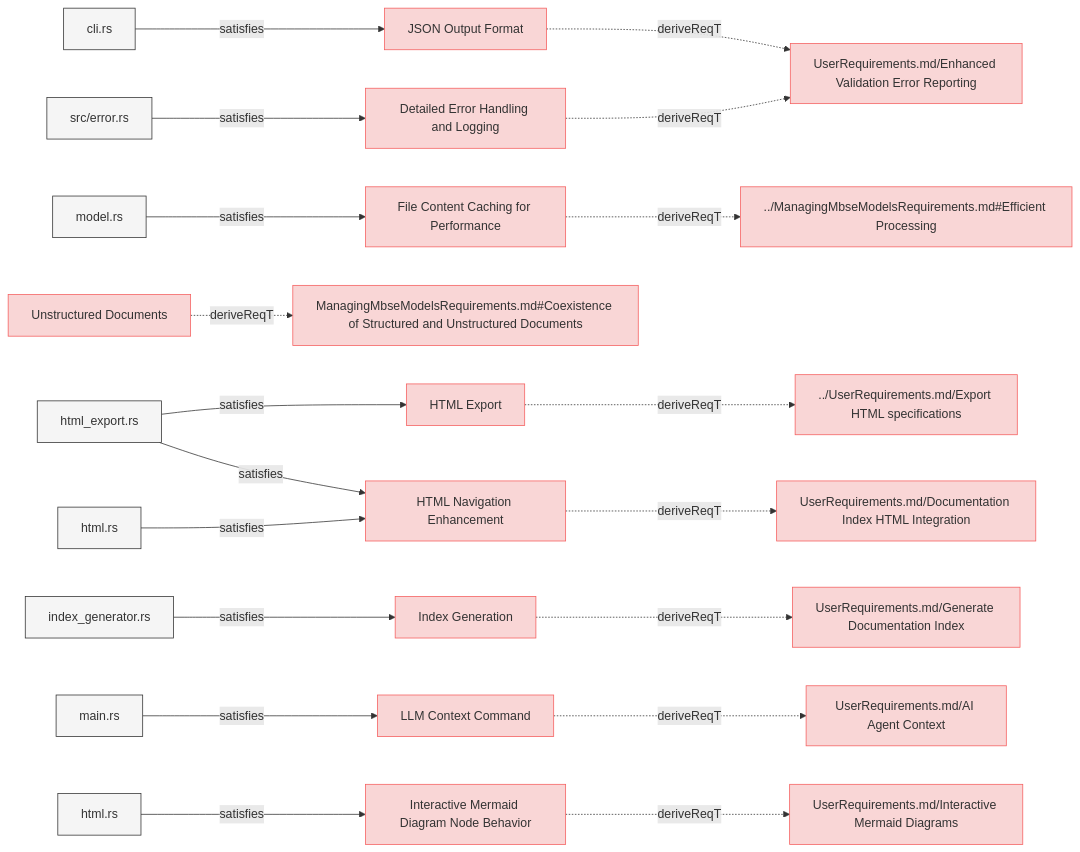
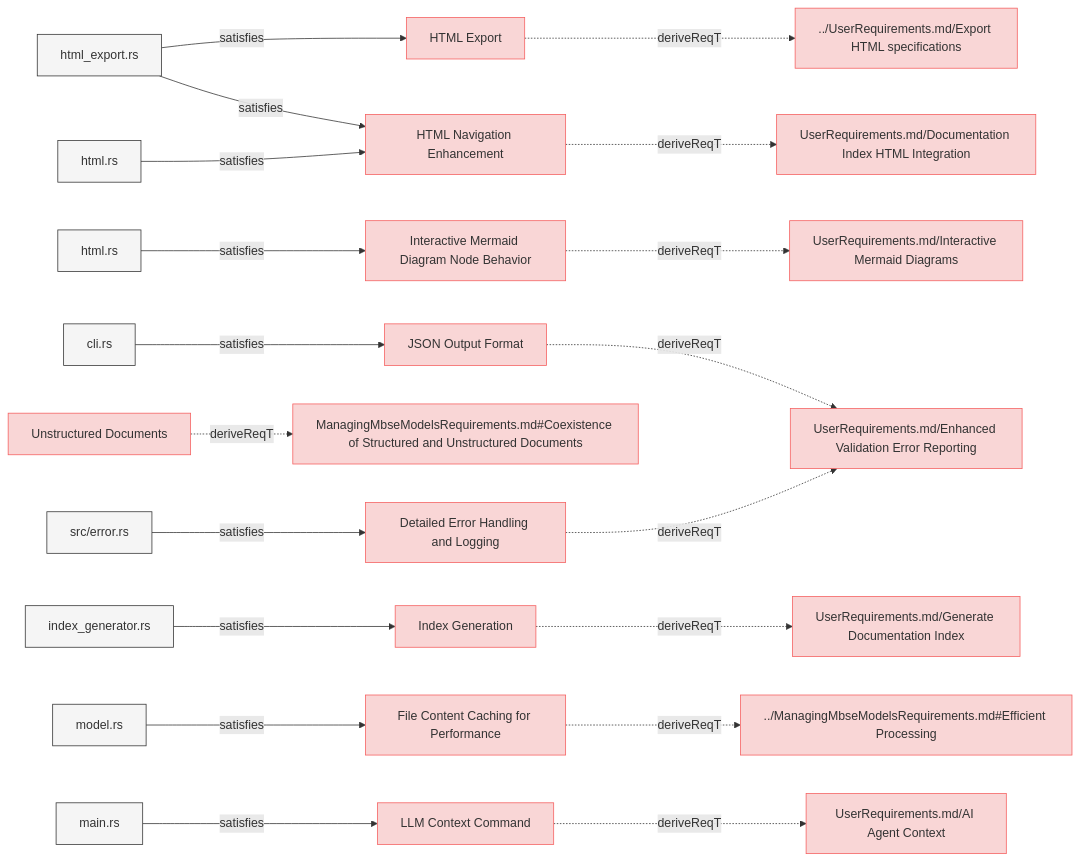
The third of 8 diagrams in specifications/SystemRequirements/Requirements.md (reqvire-org/reqvire), drawn with Mermaid before and after one commit. The commit also changed other lines of this file and 17 other files, not shown here.

Commit message:
Auto-generate diagrams after PR merge to main

````diff
--- a/specifications/SystemRequirements/Requirements.md
+++ b/specifications/SystemRequirements/Requirements.md
@@ -236,97 +236,97 @@
   classDef externalLink fill:#d0e0ff,stroke:#3080ff,stroke-width:1px;
   classDef default fill:#f5f5f5,stroke:#333333,stroke-width:1px;
 
-  5ec6a2668bddf0e["JSON Output Format"];
-  click 5ec6a2668bddf0e "https://github.com/ilijaljubicic/ReqFlow/blob/29a17f176519a28e973567d4102beb95f41075ed/specifications/SystemRequirements/Requirements.md#json-output-format";
-  class 5ec6a2668bddf0e requirement;
-  7cf5cf9900076be6["UserRequirements.md/Enhanced Validation Error Reporting"];
-  class 7cf5cf9900076be6 requirement;
-  click 7cf5cf9900076be6 "https://github.com/ilijaljubicic/ReqFlow/blob/29a17f176519a28e973567d4102beb95f41075ed/specifications/UserRequirements.md#enhanced-validation-error-reporting";
-  5ec6a2668bddf0e -.->|deriveReqT| 7cf5cf9900076be6;
-  11ffc4632afd7c4c["cli.rs"];
-  class 11ffc4632afd7c4c default;
-  click 11ffc4632afd7c4c "https://github.com/ilijaljubicic/ReqFlow/blob/29a17f176519a28e973567d4102beb95f41075ed/cli/src/cli.rs";
-  11ffc4632afd7c4c -->|satisfies| 5ec6a2668bddf0e;
-  98bd2bd6bdf5bf97["File Content Caching for Performance"];
-  click 98bd2bd6bdf5bf97 "https://github.com/ilijaljubicic/ReqFlow/blob/29a17f176519a28e973567d4102beb95f41075ed/specifications/SystemRequirements/Requirements.md#file-content-caching-for-performance";
-  class 98bd2bd6bdf5bf97 requirement;
-  21e4eb87cb55ea5e["../ManagingMbseModelsRequirements.md#Efficient Processing"];
-  class 21e4eb87cb55ea5e requirement;
-  click 21e4eb87cb55ea5e "https://github.com/ilijaljubicic/ReqFlow/blob/29a17f176519a28e973567d4102beb95f41075ed/specifications/ManagingMbseModelsRequirements.md#efficient-processing";
-  98bd2bd6bdf5bf97 -.->|deriveReqT| 21e4eb87cb55ea5e;
-  6136c216c9f80165["model.rs"];
-  class 6136c216c9f80165 default;
-  click 6136c216c9f80165 "https://github.com/ilijaljubicic/ReqFlow/blob/29a17f176519a28e973567d4102beb95f41075ed/core/src/model.rs";
-  6136c216c9f80165 -->|satisfies| 98bd2bd6bdf5bf97;
-  c8b6ccc187b0a27e["HTML Export"];
-  click c8b6ccc187b0a27e "https://github.com/ilijaljubicic/ReqFlow/blob/29a17f176519a28e973567d4102beb95f41075ed/specifications/SystemRequirements/Requirements.md#html-export";
-  class c8b6ccc187b0a27e requirement;
-  72c7eda6183f0893["../UserRequirements.md/Export HTML specifications"];
-  class 72c7eda6183f0893 requirement;
-  click 72c7eda6183f0893 "https://github.com/ilijaljubicic/ReqFlow/blob/29a17f176519a28e973567d4102beb95f41075ed/specifications/UserRequirements.md#export-html-specifications";
-  c8b6ccc187b0a27e -.->|deriveReqT| 72c7eda6183f0893;
-  8cb11d152f3b9d2d["html_export.rs"];
-  class 8cb11d152f3b9d2d default;
-  click 8cb11d152f3b9d2d "https://github.com/ilijaljubicic/ReqFlow/blob/29a17f176519a28e973567d4102beb95f41075ed/core/src/html_export.rs";
-  8cb11d152f3b9d2d -->|satisfies| c8b6ccc187b0a27e;
-  bdfd9d65e46117e7["Detailed Error Handling and Logging"];
-  click bdfd9d65e46117e7 "https://github.com/ilijaljubicic/ReqFlow/blob/29a17f176519a28e973567d4102beb95f41075ed/specifications/SystemRequirements/Requirements.md#detailed-error-handling-and-logging";
-  class bdfd9d65e46117e7 requirement;
-  bdfd9d65e46117e7 -.->|deriveReqT| 7cf5cf9900076be6;
-  8cd8a561b4c440e3["src/error.rs"];
-  class 8cd8a561b4c440e3 default;
-  click 8cd8a561b4c440e3 "https://github.com/ilijaljubicic/ReqFlow/blob/29a17f176519a28e973567d4102beb95f41075ed/core/src/error.rs";
-  8cd8a561b4c440e3 -->|satisfies| bdfd9d65e46117e7;
-  5a1719a2649b9922["Unstructured Documents"];
-  click 5a1719a2649b9922 "https://github.com/ilijaljubicic/ReqFlow/blob/29a17f176519a28e973567d4102beb95f41075ed/specifications/SystemRequirements/Requirements.md#unstructured-documents";
-  class 5a1719a2649b9922 requirement;
-  daadd8e583647e4f["ManagingMbseModelsRequirements.md#Coexistence of Structured and Unstructured Documents"];
-  class daadd8e583647e4f requirement;
-  click daadd8e583647e4f "https://github.com/ilijaljubicic/ReqFlow/blob/29a17f176519a28e973567d4102beb95f41075ed/specifications/ManagingMbseModelsRequirements.md#coexistence-of-structured-and-unstructured-documents";
-  5a1719a2649b9922 -.->|deriveReqT| daadd8e583647e4f;
-  8acd24c7c228637b["Index Generation"];
-  click 8acd24c7c228637b "https://github.com/ilijaljubicic/ReqFlow/blob/29a17f176519a28e973567d4102beb95f41075ed/specifications/SystemRequirements/Requirements.md#index-generation";
-  class 8acd24c7c228637b requirement;
-  f5b5eaeb28c5a7b1["UserRequirements.md/Generate Documentation Index"];
-  class f5b5eaeb28c5a7b1 requirement;
-  click f5b5eaeb28c5a7b1 "https://github.com/ilijaljubicic/ReqFlow/blob/29a17f176519a28e973567d4102beb95f41075ed/specifications/UserRequirements.md#generate-documentation-index";
-  8acd24c7c228637b -.->|deriveReqT| f5b5eaeb28c5a7b1;
-  3ef6afafe29becbc["index_generator.rs"];
-  class 3ef6afafe29becbc default;
-  click 3ef6afafe29becbc "https://github.com/ilijaljubicic/ReqFlow/blob/29a17f176519a28e973567d4102beb95f41075ed/core/src/index_generator.rs";
-  3ef6afafe29becbc -->|satisfies| 8acd24c7c228637b;
-  8ba9c7e059799274["LLM Context Command"];
-  click 8ba9c7e059799274 "https://github.com/ilijaljubicic/ReqFlow/blob/29a17f176519a28e973567d4102beb95f41075ed/specifications/SystemRequirements/Requirements.md#llm-context-command";
-  class 8ba9c7e059799274 requirement;
-  5a6fc253c51845b6["UserRequirements.md/AI Agent Context"];
-  class 5a6fc253c51845b6 requirement;
-  click 5a6fc253c51845b6 "https://github.com/ilijaljubicic/ReqFlow/blob/29a17f176519a28e973567d4102beb95f41075ed/specifications/UserRequirements.md#ai-agent-context";
-  8ba9c7e059799274 -.->|deriveReqT| 5a6fc253c51845b6;
-  4a5edefd6e054300["main.rs"];
-  class 4a5edefd6e054300 default;
-  click 4a5edefd6e054300 "https://github.com/ilijaljubicic/ReqFlow/blob/29a17f176519a28e973567d4102beb95f41075ed/cli/src/main.rs";
-  4a5edefd6e054300 -->|satisfies| 8ba9c7e059799274;
-  7a8da8dfee910932["Interactive Mermaid Diagram Node Behavior"];
-  click 7a8da8dfee910932 "https://github.com/ilijaljubicic/ReqFlow/blob/29a17f176519a28e973567d4102beb95f41075ed/specifications/SystemRequirements/Requirements.md#interactive-mermaid-diagram-node-behavior";
-  class 7a8da8dfee910932 requirement;
-  e867499409ae347a["UserRequirements.md/Interactive Mermaid Diagrams"];
-  class e867499409ae347a requirement;
-  click e867499409ae347a "https://github.com/ilijaljubicic/ReqFlow/blob/29a17f176519a28e973567d4102beb95f41075ed/specifications/UserRequirements.md#interactive-mermaid-diagrams";
-  7a8da8dfee910932 -.->|deriveReqT| e867499409ae347a;
-  d4240e29691d4b88["html.rs"];
-  class d4240e29691d4b88 default;
-  click d4240e29691d4b88 "https://github.com/ilijaljubicic/ReqFlow/blob/29a17f176519a28e973567d4102beb95f41075ed/core/src/diagrams.rs";
-  d4240e29691d4b88 -->|satisfies| 7a8da8dfee910932;
-  86e0701b6ce7de0b["HTML Navigation Enhancement"];
-  click 86e0701b6ce7de0b "https://github.com/ilijaljubicic/ReqFlow/blob/29a17f176519a28e973567d4102beb95f41075ed/specifications/SystemRequirements/Requirements.md#html-navigation-enhancement";
-  class 86e0701b6ce7de0b requirement;
-  e1c89b5d94837122["UserRequirements.md/Documentation Index HTML Integration"];
-  class e1c89b5d94837122 requirement;
-  click e1c89b5d94837122 "https://github.com/ilijaljubicic/ReqFlow/blob/29a17f176519a28e973567d4102beb95f41075ed/specifications/UserRequirements.md#documentation-index-html-integration";
-  86e0701b6ce7de0b -.->|deriveReqT| e1c89b5d94837122;
-  c788e5b84faa2ae3["html.rs"];
-  class c788e5b84faa2ae3 default;
-  click c788e5b84faa2ae3 "https://github.com/ilijaljubicic/ReqFlow/blob/29a17f176519a28e973567d4102beb95f41075ed/core/src/html.rs";
-  c788e5b84faa2ae3 -->|satisfies| 86e0701b6ce7de0b;
-  8cb11d152f3b9d2d -->|satisfies| 86e0701b6ce7de0b;
+  99e7b8dcc342d683["HTML Export"];
+  click 99e7b8dcc342d683 "https://github.com/ilijaljubicic/ReqFlow/blob/73d5ae1d93adea71fdf4cc508be4d1ae09be068f/specifications/SystemRequirements/Requirements.md#html-export";
+  class 99e7b8dcc342d683 requirement;
+  6a4b7e96941effda["../UserRequirements.md/Export HTML specifications"];
+  class 6a4b7e96941effda requirement;
+  click 6a4b7e96941effda "https://github.com/ilijaljubicic/ReqFlow/blob/73d5ae1d93adea71fdf4cc508be4d1ae09be068f/specifications/UserRequirements.md#export-html-specifications";
+  99e7b8dcc342d683 -.->|deriveReqT| 6a4b7e96941effda;
+  43008ed7c339f087["html_export.rs"];
+  class 43008ed7c339f087 default;
+  click 43008ed7c339f087 "https://github.com/ilijaljubicic/ReqFlow/blob/73d5ae1d93adea71fdf4cc508be4d1ae09be068f/core/src/html_export.rs";
+  43008ed7c339f087 -->|satisfies| 99e7b8dcc342d683;
+  71debc495e095645["Interactive Mermaid Diagram Node Behavior"];
+  click 71debc495e095645 "https://github.com/ilijaljubicic/ReqFlow/blob/73d5ae1d93adea71fdf4cc508be4d1ae09be068f/specifications/SystemRequirements/Requirements.md#interactive-mermaid-diagram-node-behavior";
+  class 71debc495e095645 requirement;
+  27cb448230f8b6b0["UserRequirements.md/Interactive Mermaid Diagrams"];
+  class 27cb448230f8b6b0 requirement;
+  click 27cb448230f8b6b0 "https://github.com/ilijaljubicic/ReqFlow/blob/73d5ae1d93adea71fdf4cc508be4d1ae09be068f/specifications/UserRequirements.md#interactive-mermaid-diagrams";
+  71debc495e095645 -.->|deriveReqT| 27cb448230f8b6b0;
+  3e6a4a60e7534058["html.rs"];
+  class 3e6a4a60e7534058 default;
+  click 3e6a4a60e7534058 "https://github.com/ilijaljubicic/ReqFlow/blob/73d5ae1d93adea71fdf4cc508be4d1ae09be068f/core/src/diagrams.rs";
+  3e6a4a60e7534058 -->|satisfies| 71debc495e095645;
+  59cc05826edfa20c["HTML Navigation Enhancement"];
+  click 59cc05826edfa20c "https://github.com/ilijaljubicic/ReqFlow/blob/73d5ae1d93adea71fdf4cc508be4d1ae09be068f/specifications/SystemRequirements/Requirements.md#html-navigation-enhancement";
+  class 59cc05826edfa20c requirement;
+  9f579ceba1c84b17["UserRequirements.md/Documentation Index HTML Integration"];
+  class 9f579ceba1c84b17 requirement;
+  click 9f579ceba1c84b17 "https://github.com/ilijaljubicic/ReqFlow/blob/73d5ae1d93adea71fdf4cc508be4d1ae09be068f/specifications/UserRequirements.md#documentation-index-html-integration";
+  59cc05826edfa20c -.->|deriveReqT| 9f579ceba1c84b17;
+  8c5748ba9b82ee1e["html.rs"];
+  class 8c5748ba9b82ee1e default;
+  click 8c5748ba9b82ee1e "https://github.com/ilijaljubicic/ReqFlow/blob/73d5ae1d93adea71fdf4cc508be4d1ae09be068f/core/src/html.rs";
+  8c5748ba9b82ee1e -->|satisfies| 59cc05826edfa20c;
+  43008ed7c339f087 -->|satisfies| 59cc05826edfa20c;
+  1961923a36e51056["JSON Output Format"];
+  click 1961923a36e51056 "https://github.com/ilijaljubicic/ReqFlow/blob/73d5ae1d93adea71fdf4cc508be4d1ae09be068f/specifications/SystemRequirements/Requirements.md#json-output-format";
+  class 1961923a36e51056 requirement;
+  ad1bea65795cf377["UserRequirements.md/Enhanced Validation Error Reporting"];
+  class ad1bea65795cf377 requirement;
+  click ad1bea65795cf377 "https://github.com/ilijaljubicic/ReqFlow/blob/73d5ae1d93adea71fdf4cc508be4d1ae09be068f/specifications/UserRequirements.md#enhanced-validation-error-reporting";
+  1961923a36e51056 -.->|deriveReqT| ad1bea65795cf377;
+  b2b6ff676ff5d2cc["cli.rs"];
+  class b2b6ff676ff5d2cc default;
+  click b2b6ff676ff5d2cc "https://github.com/ilijaljubicic/ReqFlow/blob/73d5ae1d93adea71fdf4cc508be4d1ae09be068f/cli/src/cli.rs";
+  b2b6ff676ff5d2cc -->|satisfies| 1961923a36e51056;
+  15fa7a7cfb9bc2a3["Unstructured Documents"];
+  click 15fa7a7cfb9bc2a3 "https://github.com/ilijaljubicic/ReqFlow/blob/73d5ae1d93adea71fdf4cc508be4d1ae09be068f/specifications/SystemRequirements/Requirements.md#unstructured-documents";
+  class 15fa7a7cfb9bc2a3 requirement;
+  ab0a6601a5fb42c8["ManagingMbseModelsRequirements.md#Coexistence of Structured and Unstructured Documents"];
+  class ab0a6601a5fb42c8 requirement;
+  click ab0a6601a5fb42c8 "https://github.com/ilijaljubicic/ReqFlow/blob/73d5ae1d93adea71fdf4cc508be4d1ae09be068f/specifications/ManagingMbseModelsRequirements.md#coexistence-of-structured-and-unstructured-documents";
+  15fa7a7cfb9bc2a3 -.->|deriveReqT| ab0a6601a5fb42c8;
+  62ab248e5b824192["Index Generation"];
+  click 62ab248e5b824192 "https://github.com/ilijaljubicic/ReqFlow/blob/73d5ae1d93adea71fdf4cc508be4d1ae09be068f/specifications/SystemRequirements/Requirements.md#index-generation";
+  class 62ab248e5b824192 requirement;
+  c7c34d508e89ee3c["UserRequirements.md/Generate Documentation Index"];
+  class c7c34d508e89ee3c requirement;
+  click c7c34d508e89ee3c "https://github.com/ilijaljubicic/ReqFlow/blob/73d5ae1d93adea71fdf4cc508be4d1ae09be068f/specifications/UserRequirements.md#generate-documentation-index";
+  62ab248e5b824192 -.->|deriveReqT| c7c34d508e89ee3c;
+  c2ec7779a185b1df["index_generator.rs"];
+  class c2ec7779a185b1df default;
+  click c2ec7779a185b1df "https://github.com/ilijaljubicic/ReqFlow/blob/73d5ae1d93adea71fdf4cc508be4d1ae09be068f/core/src/index_generator.rs";
+  c2ec7779a185b1df -->|satisfies| 62ab248e5b824192;
+  ebf05dbb02b07598["File Content Caching for Performance"];
+  click ebf05dbb02b07598 "https://github.com/ilijaljubicic/ReqFlow/blob/73d5ae1d93adea71fdf4cc508be4d1ae09be068f/specifications/SystemRequirements/Requirements.md#file-content-caching-for-performance";
+  class ebf05dbb02b07598 requirement;
+  aac74edfeb367501["../ManagingMbseModelsRequirements.md#Efficient Processing"];
+  class aac74edfeb367501 requirement;
+  click aac74edfeb367501 "https://github.com/ilijaljubicic/ReqFlow/blob/73d5ae1d93adea71fdf4cc508be4d1ae09be068f/specifications/ManagingMbseModelsRequirements.md#efficient-processing";
+  ebf05dbb02b07598 -.->|deriveReqT| aac74edfeb367501;
+  9efd257c4e6a45f9["model.rs"];
+  class 9efd257c4e6a45f9 default;
+  click 9efd257c4e6a45f9 "https://github.com/ilijaljubicic/ReqFlow/blob/73d5ae1d93adea71fdf4cc508be4d1ae09be068f/core/src/model.rs";
+  9efd257c4e6a45f9 -->|satisfies| ebf05dbb02b07598;
+  2c6c9d35cca20822["LLM Context Command"];
+  click 2c6c9d35cca20822 "https://github.com/ilijaljubicic/ReqFlow/blob/73d5ae1d93adea71fdf4cc508be4d1ae09be068f/specifications/SystemRequirements/Requirements.md#llm-context-command";
+  class 2c6c9d35cca20822 requirement;
+  b1d0919d0418c0f1["UserRequirements.md/AI Agent Context"];
+  class b1d0919d0418c0f1 requirement;
+  click b1d0919d0418c0f1 "https://github.com/ilijaljubicic/ReqFlow/blob/73d5ae1d93adea71fdf4cc508be4d1ae09be068f/specifications/UserRequirements.md#ai-agent-context";
+  2c6c9d35cca20822 -.->|deriveReqT| b1d0919d0418c0f1;
+  fa97bbe2cc21e304["main.rs"];
+  class fa97bbe2cc21e304 default;
+  click fa97bbe2cc21e304 "https://github.com/ilijaljubicic/ReqFlow/blob/73d5ae1d93adea71fdf4cc508be4d1ae09be068f/cli/src/main.rs";
+  fa97bbe2cc21e304 -->|satisfies| 2c6c9d35cca20822;
+  8cd1d72c54544cd9["Detailed Error Handling and Logging"];
+  click 8cd1d72c54544cd9 "https://github.com/ilijaljubicic/ReqFlow/blob/73d5ae1d93adea71fdf4cc508be4d1ae09be068f/specifications/SystemRequirements/Requirements.md#detailed-error-handling-and-logging";
+  class 8cd1d72c54544cd9 requirement;
+  8cd1d72c54544cd9 -.->|deriveReqT| ad1bea65795cf377;
+  222ec862cb08c29a["src/error.rs"];
+  class 222ec862cb08c29a default;
+  click 222ec862cb08c29a "https://github.com/ilijaljubicic/ReqFlow/blob/73d5ae1d93adea71fdf4cc508be4d1ae09be068f/core/src/error.rs";
+  222ec862cb08c29a -->|satisfies| 8cd1d72c54544cd9;
 ```
````
